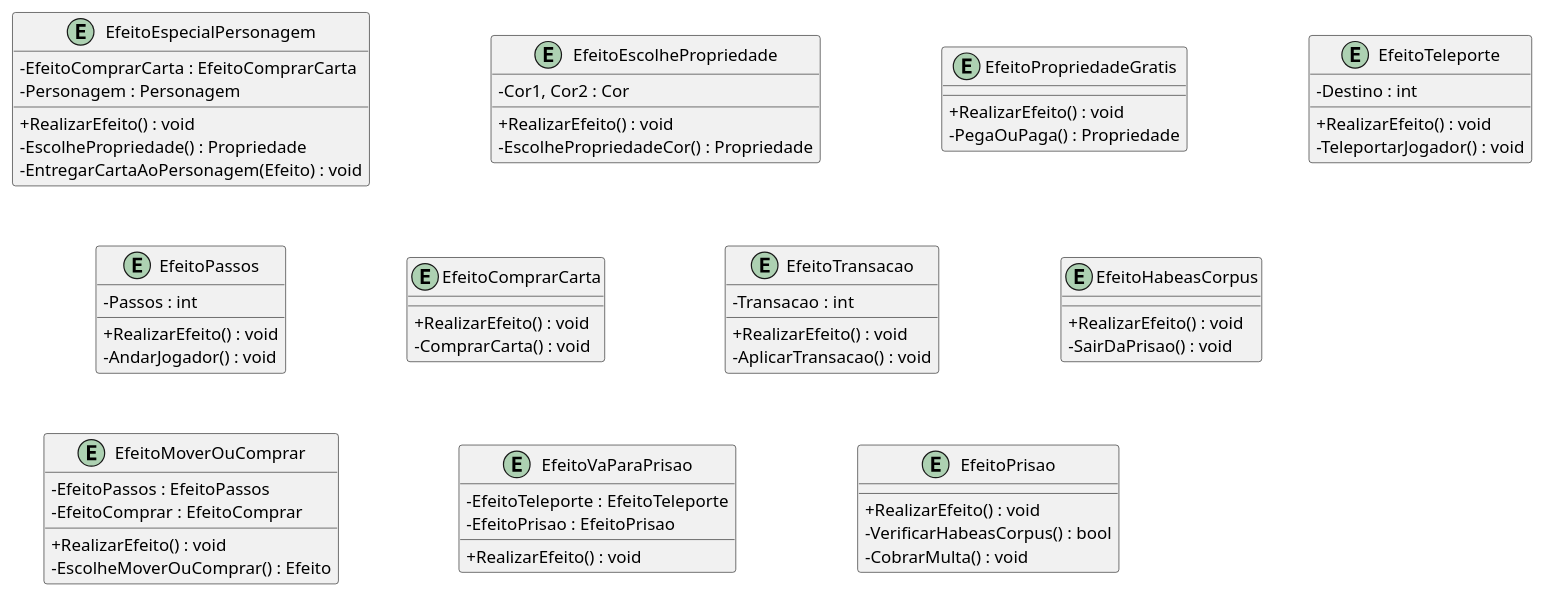
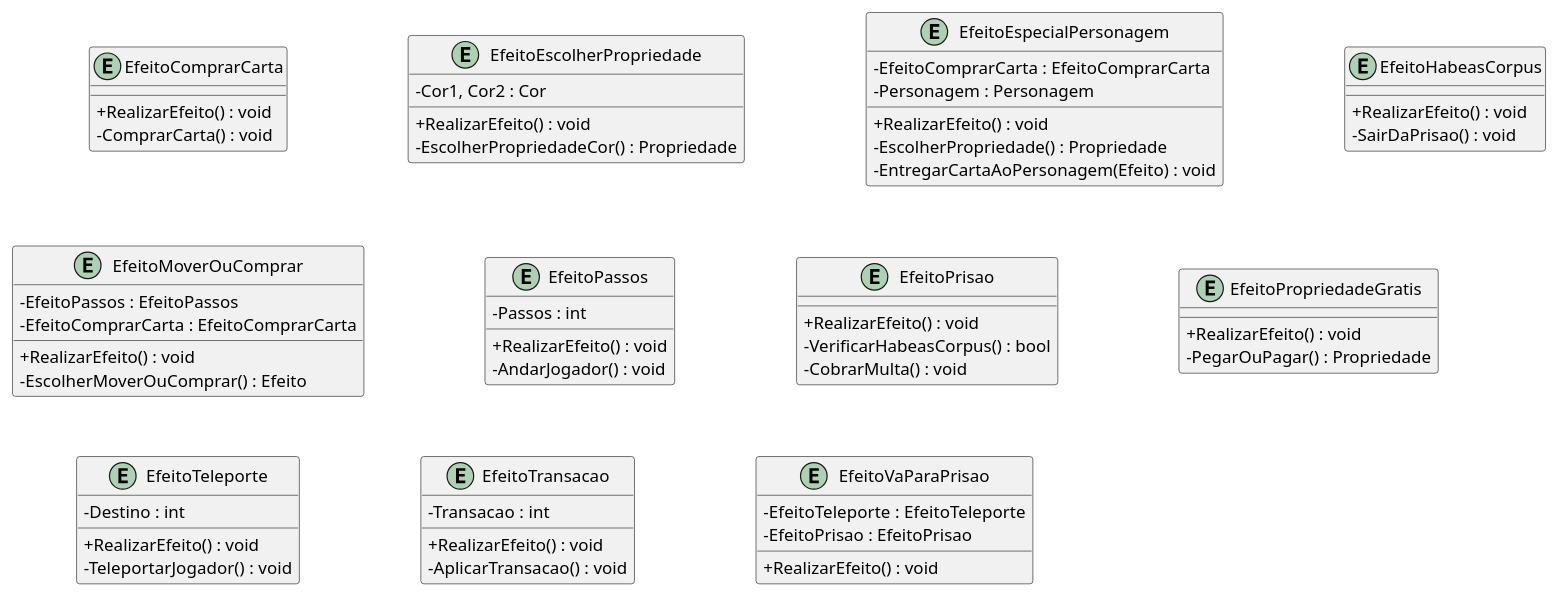
The diagram in Documentação/diagrama-de-classe efeitos.plantuml (rogerpcto/ProjetoDeSoftware-UFF), drawn with PlantUML before and after one commit. The commit also changed 6 other files, not shown here.

First line of the commit message:
Organização dos diagramas

```diff
--- a/Documentação/diagrama-de-classe efeitos.plantuml
+++ b/Documentação/diagrama-de-classe efeitos.plantuml
@@ -1,78 +1,79 @@
 @startuml diagrama
 skinparam linetype ortho
 skinparam classAttributeIconSize 0
 skinparam nodesep 100
 skinparam ranksep 50
 
+entity EfeitoComprarCarta{
+    + RealizarEfeito() : void
+    - ComprarCarta() : void 
+}
+
+entity EfeitoEscolherPropriedade{
+    - Cor1, Cor2 : Cor
+
+    + RealizarEfeito() : void
+    - EscolherPropriedadeCor() : Propriedade
+}
+
 entity EfeitoEspecialPersonagem{
     - EfeitoComprarCarta : EfeitoComprarCarta
     - Personagem : Personagem
 
     + RealizarEfeito() : void
-    - EscolhePropriedade() : Propriedade
+    - EscolherPropriedade() : Propriedade
     - EntregarCartaAoPersonagem(Efeito) : void
 }
 
-entity EfeitoEscolhePropriedade{
-    - Cor1, Cor2 : Cor
+entity EfeitoHabeasCorpus{
+    + RealizarEfeito() : void
+    - SairDaPrisao() : void
+}
+
+entity EfeitoMoverOuComprar{
+    - EfeitoPassos : EfeitoPassos
+    - EfeitoComprarCarta : EfeitoComprarCarta
 
     + RealizarEfeito() : void
-    - EscolhePropriedadeCor() : Propriedade
+    - EscolherMoverOuComprar() : Efeito
+}
+
+entity EfeitoPassos{
+    - Passos : int
+
+    + RealizarEfeito() : void
+    - AndarJogador() : void
+}
+
+entity EfeitoPrisao{
+    + RealizarEfeito() : void
+    - VerificarHabeasCorpus() : bool
+    - CobrarMulta() : void
 }
 
 entity EfeitoPropriedadeGratis{
     + RealizarEfeito() : void
-    - PegaOuPaga() : Propriedade
+    - PegarOuPagar() : Propriedade
 }
 
 entity EfeitoTeleporte{
     - Destino : int
 
     + RealizarEfeito() : void
     - TeleportarJogador() : void
 }
 
-entity EfeitoPassos{
-    - Passos : int
-
-    + RealizarEfeito() : void
-    - AndarJogador() : void
-}
-
-entity EfeitoComprarCarta{
-    + RealizarEfeito() : void
-    - ComprarCarta() : void 
-}
-
 entity EfeitoTransacao{
     - Transacao : int
 
     + RealizarEfeito() : void
     - AplicarTransacao() : void
-}
-
-entity EfeitoHabeasCorpus{
-    + RealizarEfeito() : void
-    - SairDaPrisao() : void
-}
-
-entity EfeitoMoverOuComprar{
-    + RealizarEfeito() : void
-    - EfeitoPassos : EfeitoPassos
-    - EfeitoComprar : EfeitoComprar
-    - EscolheMoverOuComprar() : Efeito
 }
 
 entity EfeitoVaParaPrisao{
     - EfeitoTeleporte : EfeitoTeleporte
     - EfeitoPrisao : EfeitoPrisao
     + RealizarEfeito() : void
 }
 
-entity EfeitoPrisao{
-    + RealizarEfeito() : void
-    - VerificarHabeasCorpus() : bool
-    - CobrarMulta() : void
-}
-
 @enduml
```
